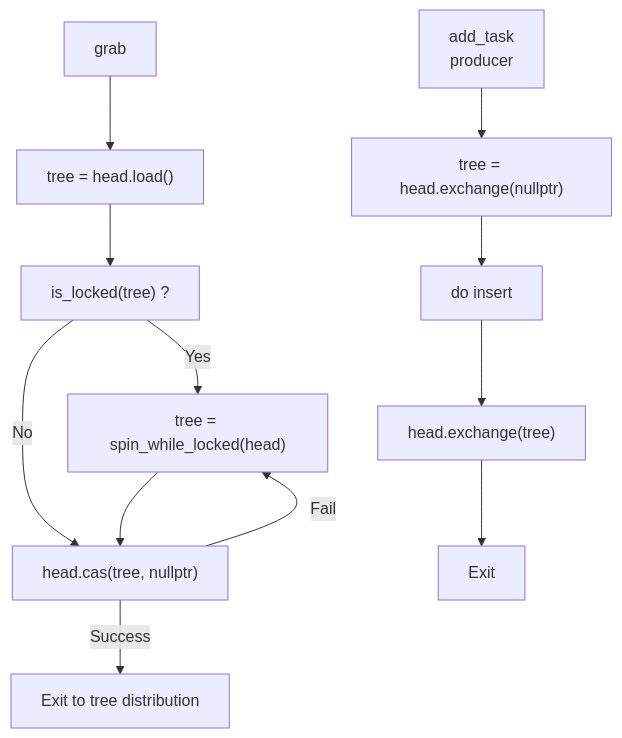
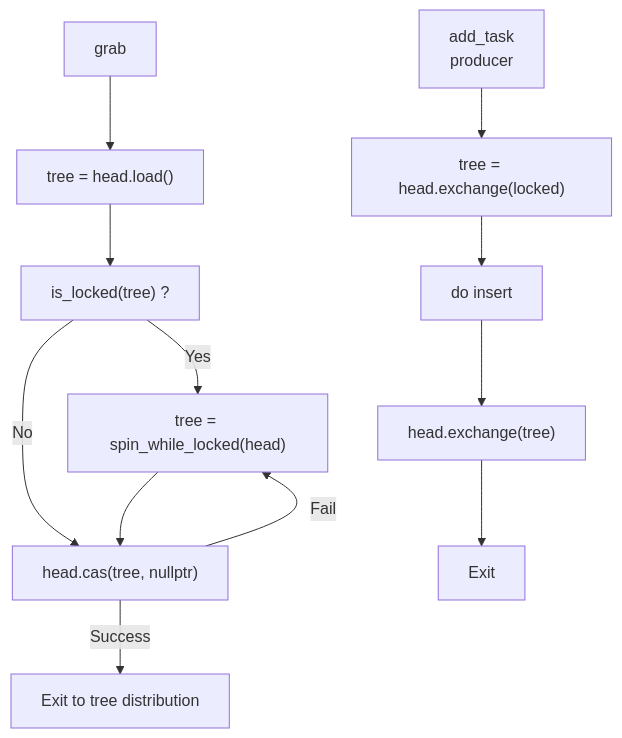
The fifth of 8 diagrams in rfcs/proposed/task_aggregation/README.md (uxlfoundation/oneTBB), drawn with Mermaid before and after one commit. The commit also changed other lines of this file and 1 other file, not shown here.

````diff
--- a/rfcs/proposed/task_aggregation/README.md
+++ b/rfcs/proposed/task_aggregation/README.md
@@ -317,15 +307,15 @@
 ```mermaid
 flowchart TD
     grab --> load_tree["tree = head.load()"]
     load_tree --> check_locked["is_locked(tree) ?"]
     check_locked --> |Yes| spin_while_locked["tree = spin_while_locked(head)"]
     check_locked --> |No| try_grab["head.cas(tree, nullptr)"]
     spin_while_locked --> try_grab
     try_grab --> |Success| exit_grab["Exit to tree distribution"]
     try_grab --> |Fail| spin_while_locked
 
-    add_task[add_task<br>producer] --> lock_tree["tree = head.exchange(nullptr)"]
+    add_task[add_task<br>producer] --> lock_tree["tree = head.exchange(locked)"]
     lock_tree --> insert["do insert"]
     insert --> unlock_tree["head.exchange(tree)"]
     unlock_tree --> exit_producer["Exit"]
 ```
````
